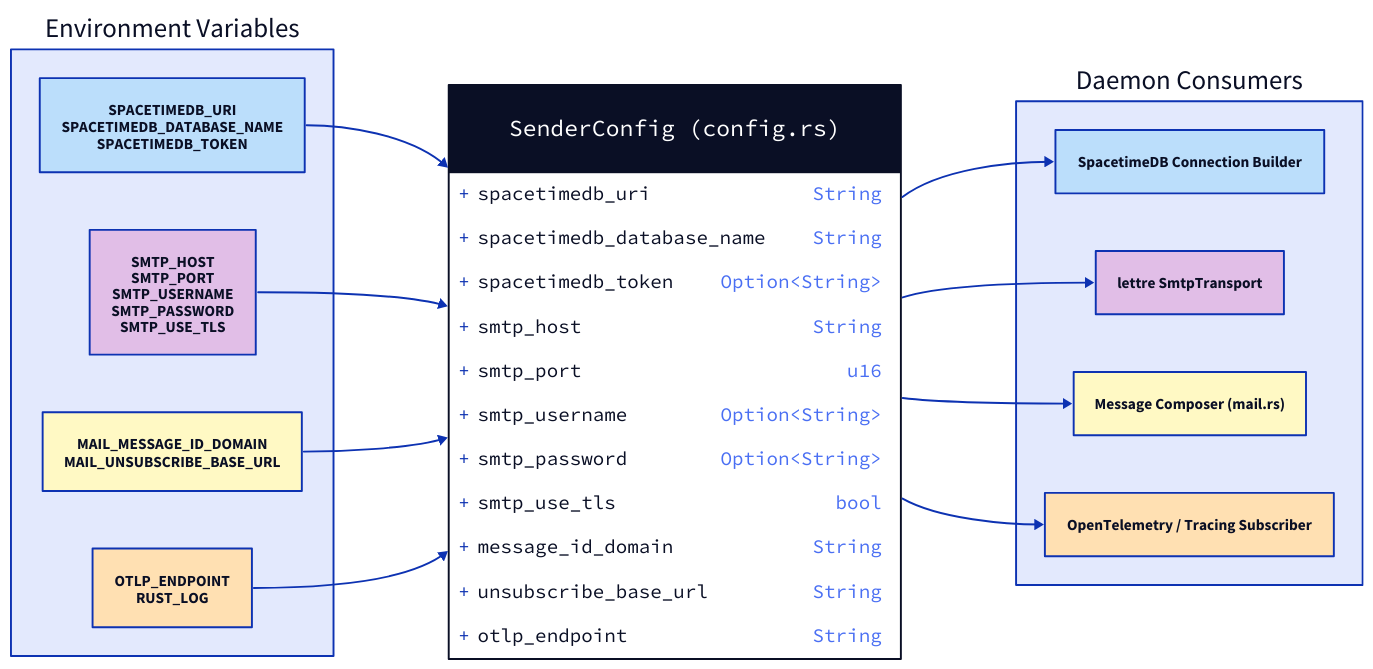
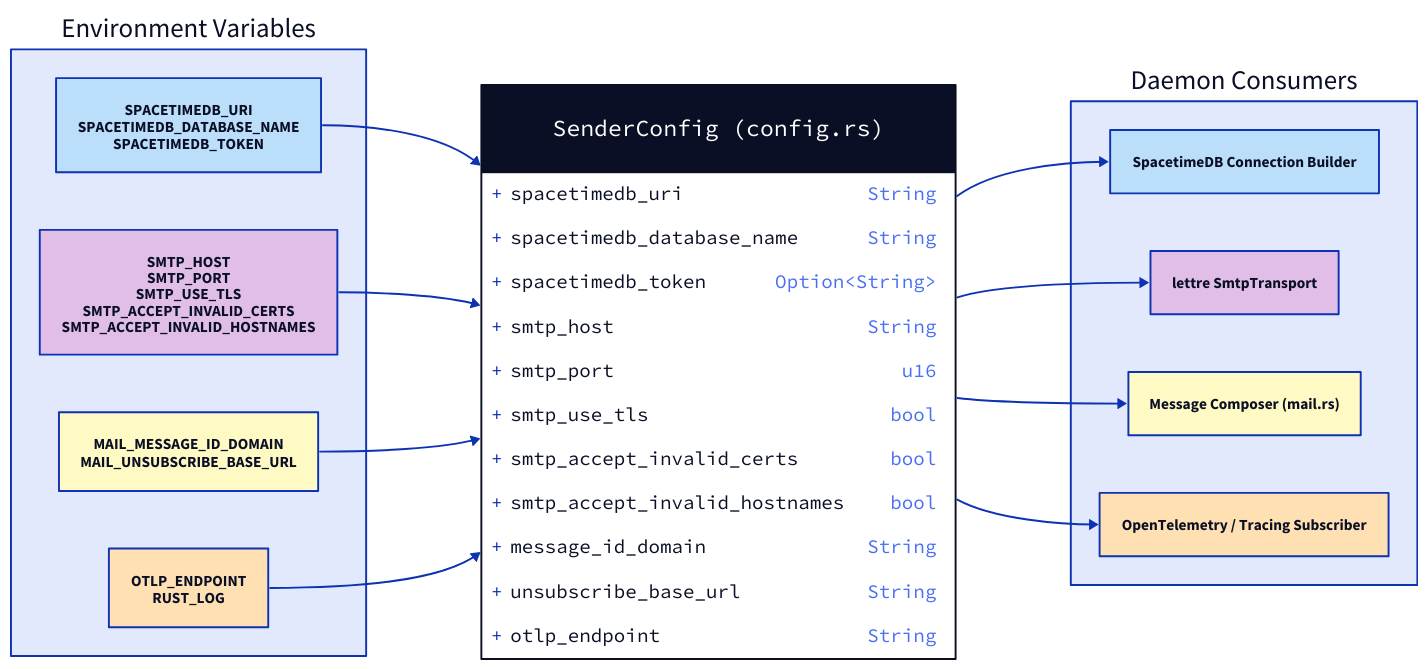
The diagram in docs/src/core/sender/sender-config-map.d2 (enaut/kommunikationszentrum), drawn with D2 before and after one commit. The commit also changed 9 other files, not shown here.

```diff
--- a/docs/src/core/sender/sender-config-map.d2
+++ b/docs/src/core/sender/sender-config-map.d2
@@ -1,40 +1,40 @@
 direction: right
 
 env: "Environment Variables" {
   spacetimedb: "SPACETIMEDB_URI\nSPACETIMEDB_DATABASE_NAME\nSPACETIMEDB_TOKEN" { style.fill: "#bbdefb" }
-  smtp: "SMTP_HOST\nSMTP_PORT\nSMTP_USERNAME\nSMTP_PASSWORD\nSMTP_USE_TLS" { style.fill: "#e1bee7" }
+  smtp: "SMTP_HOST\nSMTP_PORT\nSMTP_USE_TLS\nSMTP_ACCEPT_INVALID_CERTS\nSMTP_ACCEPT_INVALID_HOSTNAMES" { style.fill: "#e1bee7" }
   mail: "MAIL_MESSAGE_ID_DOMAIN\nMAIL_UNSUBSCRIBE_BASE_URL" { style.fill: "#fff9c4" }
   observability: "OTLP_ENDPOINT\nRUST_LOG" { style.fill: "#ffe0b2" }
 }
 
 struct: "SenderConfig (config.rs)" {
   shape: class
   spacetimedb_uri: "String"
   spacetimedb_database_name: "String"
   spacetimedb_token: "Option<String>"
   smtp_host: "String"
   smtp_port: "u16"
-  smtp_username: "Option<String>"
-  smtp_password: "Option<String>"
   smtp_use_tls: "bool"
+  smtp_accept_invalid_certs: "bool"
+  smtp_accept_invalid_hostnames: "bool"
   message_id_domain: "String"
   unsubscribe_base_url: "String"
   otlp_endpoint: "String"
 }
 
 consumers: "Daemon Consumers" {
   st_client: "SpacetimeDB Connection Builder" { style.fill: "#bbdefb" }
   lettre_client: "lettre SmtpTransport" { style.fill: "#e1bee7" }
   composer: "Message Composer (mail.rs)" { style.fill: "#fff9c4" }
   tracer: "OpenTelemetry / Tracing Subscriber" { style.fill: "#ffe0b2" }
 }
 
 env.spacetimedb -> struct
 env.smtp -> struct
 env.mail -> struct
 env.observability -> struct
 
 struct -> consumers.st_client
 struct -> consumers.lettre_client
 struct -> consumers.composer
 struct -> consumers.tracer
```
